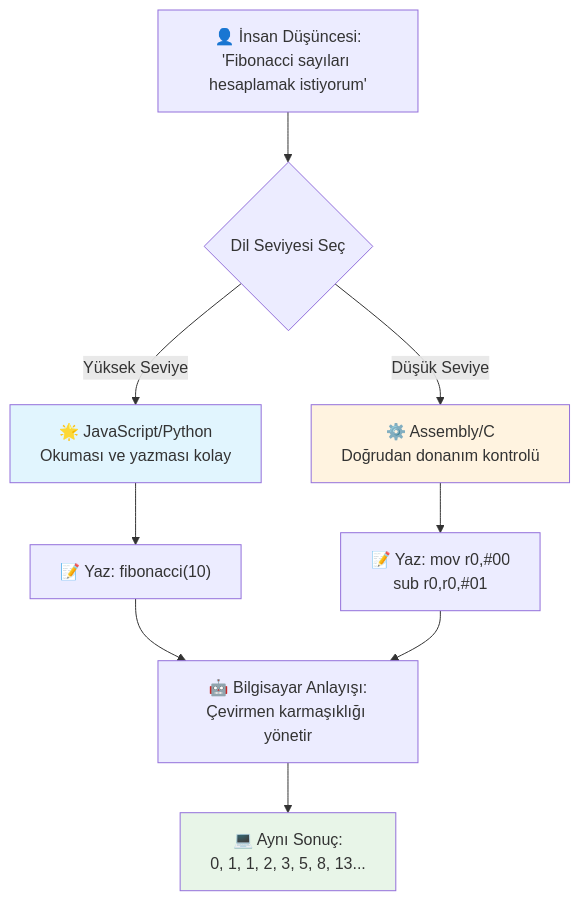
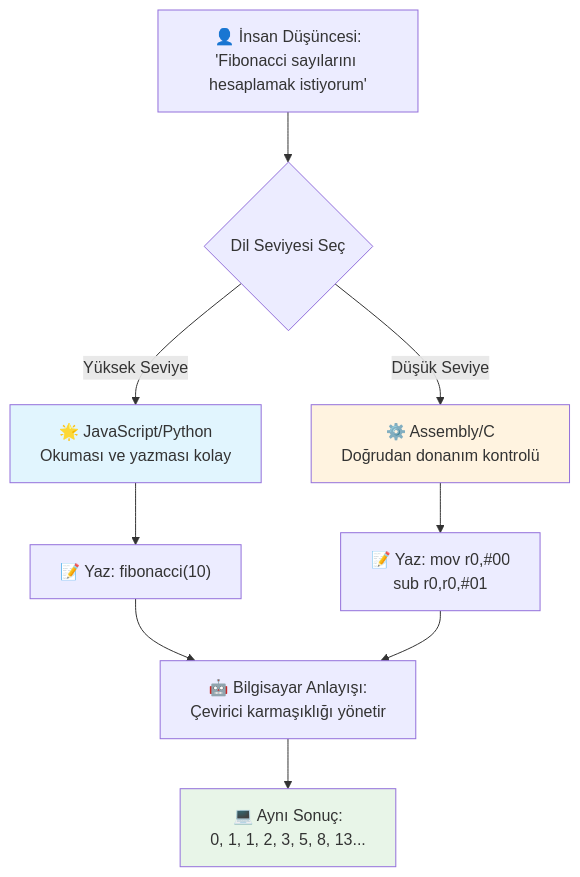
The third of 7 diagrams in translations/tr/1-getting-started-lessons/1-intro-to-programming-languages/README.md (microsoft/Web-Dev-For-Beginners), drawn with Mermaid before and after one commit. The commit also changed other lines of this file and 8 other files, not shown here.

````diff
--- a/translations/tr/1-getting-started-lessons/1-intro-to-programming-languages/README.md
+++ b/translations/tr/1-getting-started-lessons/1-intro-to-programming-languages/README.md
@@ -148,19 +148,19 @@
 ```mermaid
 flowchart TB
-    A["👤 İnsan Düşüncesi:<br/>'Fibonacci sayıları hesaplamak istiyorum'"] --> B{Dil Seviyesi Seç}
+    A["👤 İnsan Düşüncesi:<br/>'Fibonacci sayılarını hesaplamak istiyorum'"] --> B{Dil Seviyesi Seç}
     
     B -->|Yüksek Seviye| C["🌟 JavaScript/Python<br/>Okuması ve yazması kolay"]
     B -->|Düşük Seviye| D["⚙️ Assembly/C<br/>Doğrudan donanım kontrolü"]
     
     C --> E["📝 Yaz: fibonacci(10)"]
     D --> F["📝 Yaz: mov r0,#00<br/>sub r0,r0,#01"]
     
-    E --> G["🤖 Bilgisayar Anlayışı:<br/>Çevirmen karmaşıklığı yönetir"]
+    E --> G["🤖 Bilgisayar Anlayışı:<br/>Çevirici karmaşıklığı yönetir"]
     F --> G
     
     G --> H["💻 Aynı Sonuç:<br/>0, 1, 1, 2, 3, 5, 8, 13..."]
     
     style C fill:#e1f5fe
     style D fill:#fff3e0
     style H fill:#e8f5e8
 ```
````
